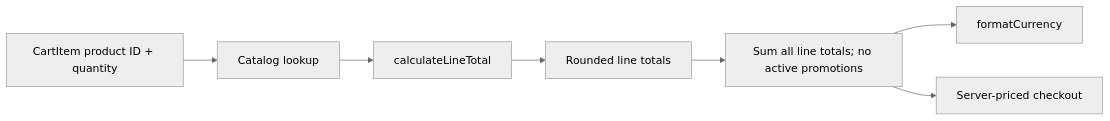
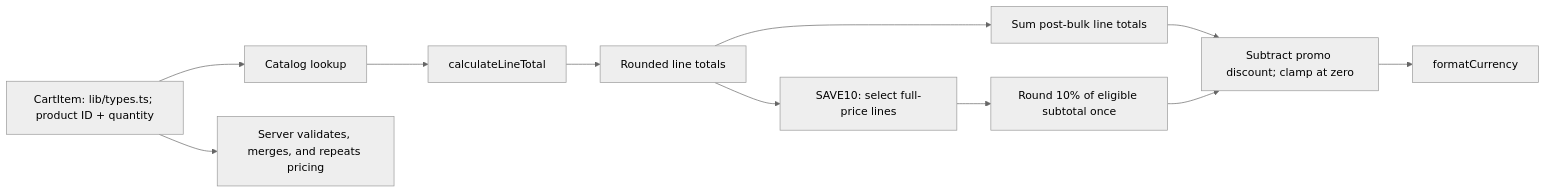
The diagram in droid-wiki/features/cart-pricing.md (FactoryDemo/demo-storefront-practice), drawn with Mermaid (neutral theme) before and after one commit. The commit also changed other lines of this file and 15 other files, not shown here.

````diff
--- a/droid-wiki/features/cart-pricing.md
+++ b/droid-wiki/features/cart-pricing.md
@@ -22,9 +22,13 @@
 ```mermaid
 graph LR
-  Items["CartItem product ID + quantity"] --> Lookup["Catalog lookup"]
+  Items["CartItem: lib/types.ts; product ID + quantity"] --> Lookup["Catalog lookup"]
   Lookup --> Line["calculateLineTotal"]
   Line --> Rounded["Rounded line totals"]
-  Rounded --> Total["Sum all line totals; no active promotions"]
+  Rounded --> Subtotal["Sum post-bulk line totals"]
+  Rounded --> Eligible["SAVE10: select full-price lines"]
+  Eligible --> Discount["Round 10% of eligible subtotal once"]
+  Subtotal --> Total["Subtract promo discount; clamp at zero"]
+  Discount --> Total
   Total --> Display["formatCurrency"]
-  Total --> Server["Server-priced checkout"]
+  Items --> Server["Server validates, merges, and repeats pricing"]
 ```
````
